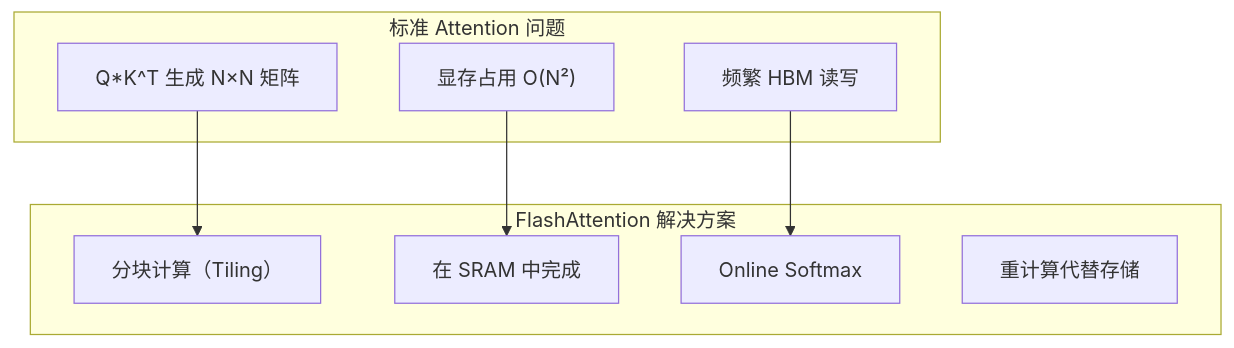
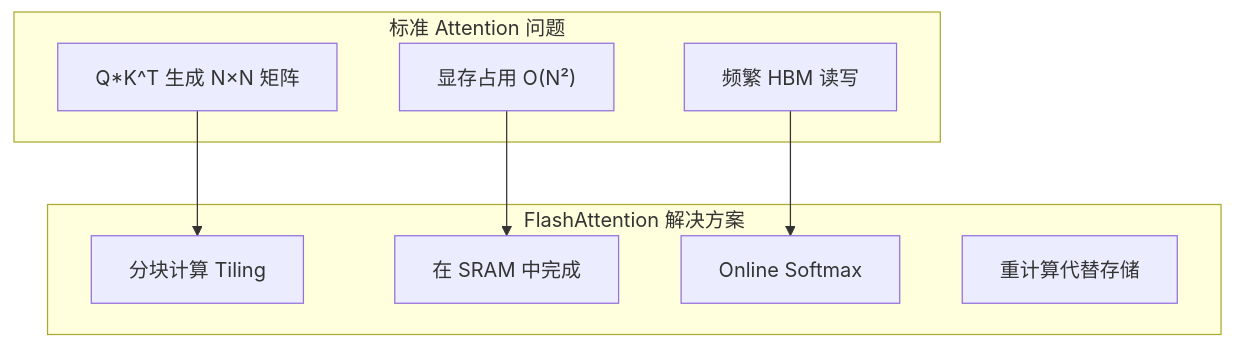
One commit to jpixy/jpixy.github.io changed diagram 11 of 30 in content/articles/ai/ai-31-AI-C++工程师入门实战指南.md. Above: the diagram before and after it, drawn with Mermaid. The commit also changed other lines of this file and 66 other files, not shown here.

Commit message:
fix: resolve Mermaid syntax errors by removing parentheses in node labels

````diff
--- a/content/articles/ai/ai-31-AI-C++工程师入门实战指南.md
+++ b/content/articles/ai/ai-31-AI-C++工程师入门实战指南.md
@@ -376,19 +376,19 @@
 ```mermaid
 graph TB
     subgraph "标准 Attention 问题"
         A["Q*K^T 生成 N×N 矩阵"]
         B["显存占用 O(N²)"]
         C["频繁 HBM 读写"]
     end
     
     subgraph "FlashAttention 解决方案"
-        D["分块计算（Tiling）"]
+        D["分块计算 Tiling"]
         E["在 SRAM 中完成"]
         F["Online Softmax"]
         G["重计算代替存储"]
     end
     
     A --> D
     B --> E
     C --> F
 ```
````
